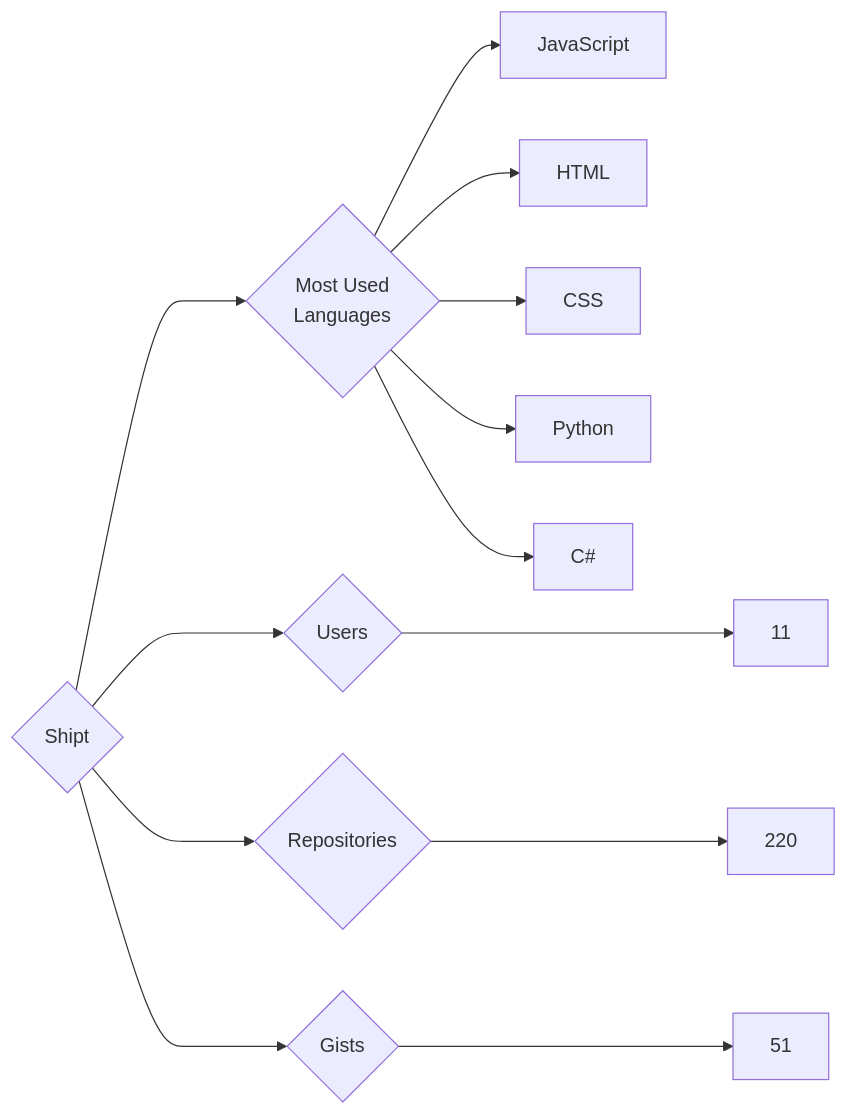
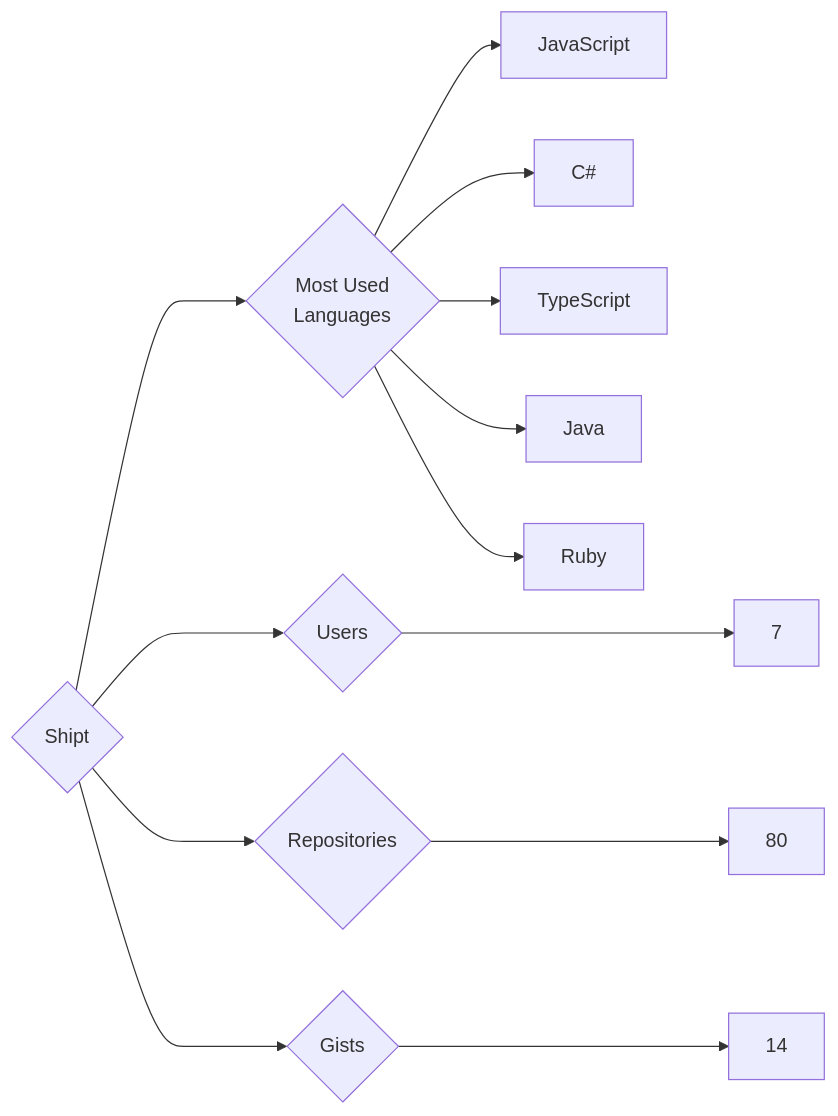
One commit to trickest/insiders changed the diagram in targets/Shipt/README.md. Above: the diagram before and after it, drawn with Mermaid. The commit also changed 1484 other files, not shown here.

````diff
--- a/targets/Shipt/README.md
+++ b/targets/Shipt/README.md
@@ -3,13 +3,13 @@
 ```mermaid
 graph LR
 COMPANY_NAME{Shipt}
-COMPANY_NAME ---> U{Users} ---> UN[11]
-COMPANY_NAME ---> R{Repositories} ---> RN[220]
-COMPANY_NAME ---> G{Gists} ---> GN[51]
+COMPANY_NAME ---> U{Users} ---> UN[7]
+COMPANY_NAME ---> R{Repositories} ---> RN[80]
+COMPANY_NAME ---> G{Gists} ---> GN[14]
 COMPANY_NAME ---> ML{Most Used<br>Languages}
 ML --> JavaScript[JavaScript]
-ML --> HTML[HTML]
-ML --> CSS[CSS]
-ML --> Python[Python]
 ML --> C#[C#]
+ML --> TypeScript[TypeScript]
+ML --> Java[Java]
+ML --> Ruby[Ruby]
 ```
````
